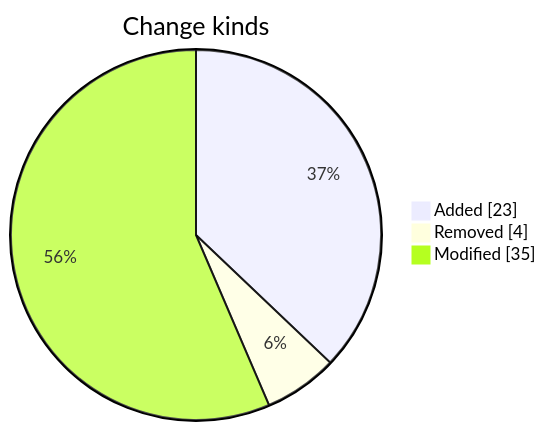
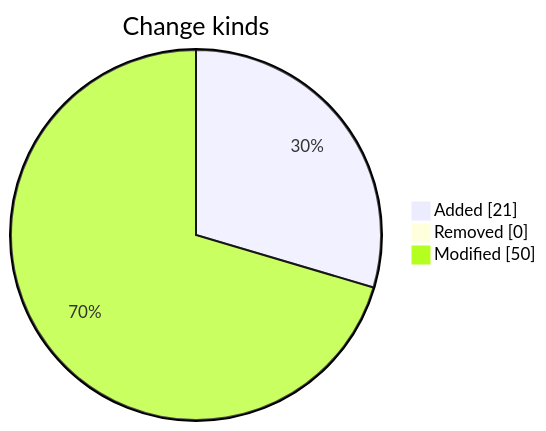
One commit to anomaloushuman/NovaDiff changed the diagram in novadiff-docs/change-report/diagrams/change-mix.mmd. Above: the diagram before and after it, drawn with Mermaid. The commit also changed 493 other files, not shown here.

First line of the commit message:
refactor(src): full project rebuild with new architecture

```diff
--- a/novadiff-docs/change-report/diagrams/change-mix.mmd
+++ b/novadiff-docs/change-report/diagrams/change-mix.mmd
@@ -1,5 +1,5 @@
 pie showData
     title Change kinds
-    "Added" : 23
-    "Removed" : 4
-    "Modified" : 35
+    "Added" : 21
+    "Removed" : 0
+    "Modified" : 50
```
